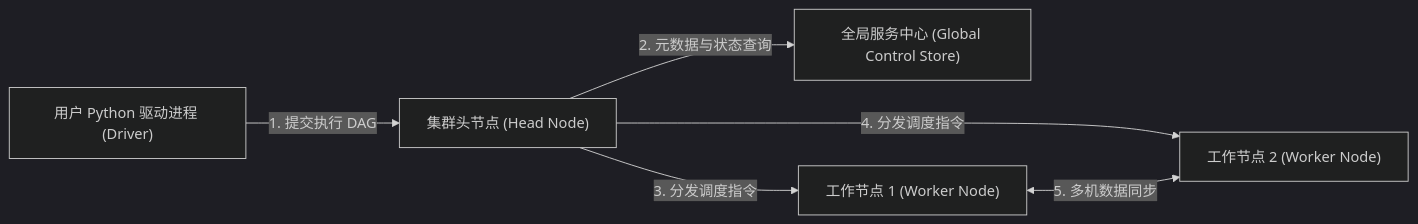
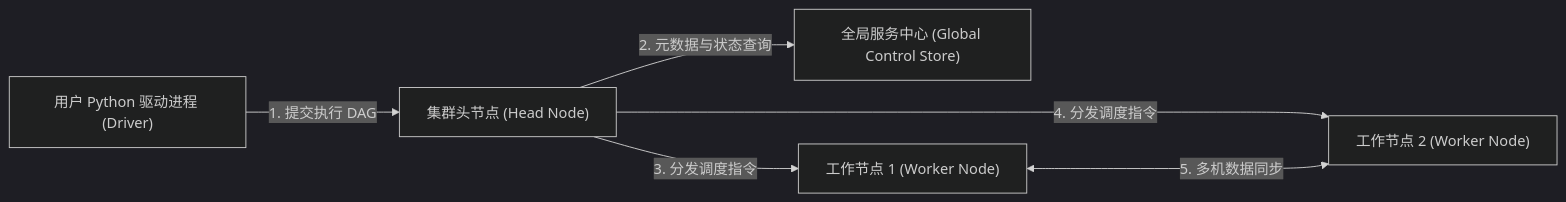
Before and after one commit to koosai/AI-Architect-Learning: the second of 6 diagrams in docs/atlas/ray.mdx, drawn with Mermaid (dark theme). The commit also changed 68 other files, not shown here.

Commit message:
fix(atlas): fix browser client-side Mermaid rendering for mindmaps and flowcharts across 67 case studies

````diff
--- a/docs/atlas/ray.mdx
+++ b/docs/atlas/ray.mdx
@@ -93,8 +93,8 @@
 ```mermaid
 graph LR
   UserApp["用户 Python 驱动进程 (Driver)"] -->|1. 提交执行 DAG| HeadNode["集群头节点 (Head Node)"]
   HeadNode -->|2. 元数据与状态查询| GCS["全局服务中心 (Global Control Store)"]
   HeadNode -->|3. 分发调度指令| WorkerNode1["工作节点 1 (Worker Node)"]
   HeadNode -->|4. 分发调度指令| WorkerNode2["工作节点 2 (Worker Node)"]
-  WorkerNode1 <-->|5. 多机数据同步| WorkerNode2
+  WorkerNode1 <--->|5. 多机数据同步| WorkerNode2
 ```
````
